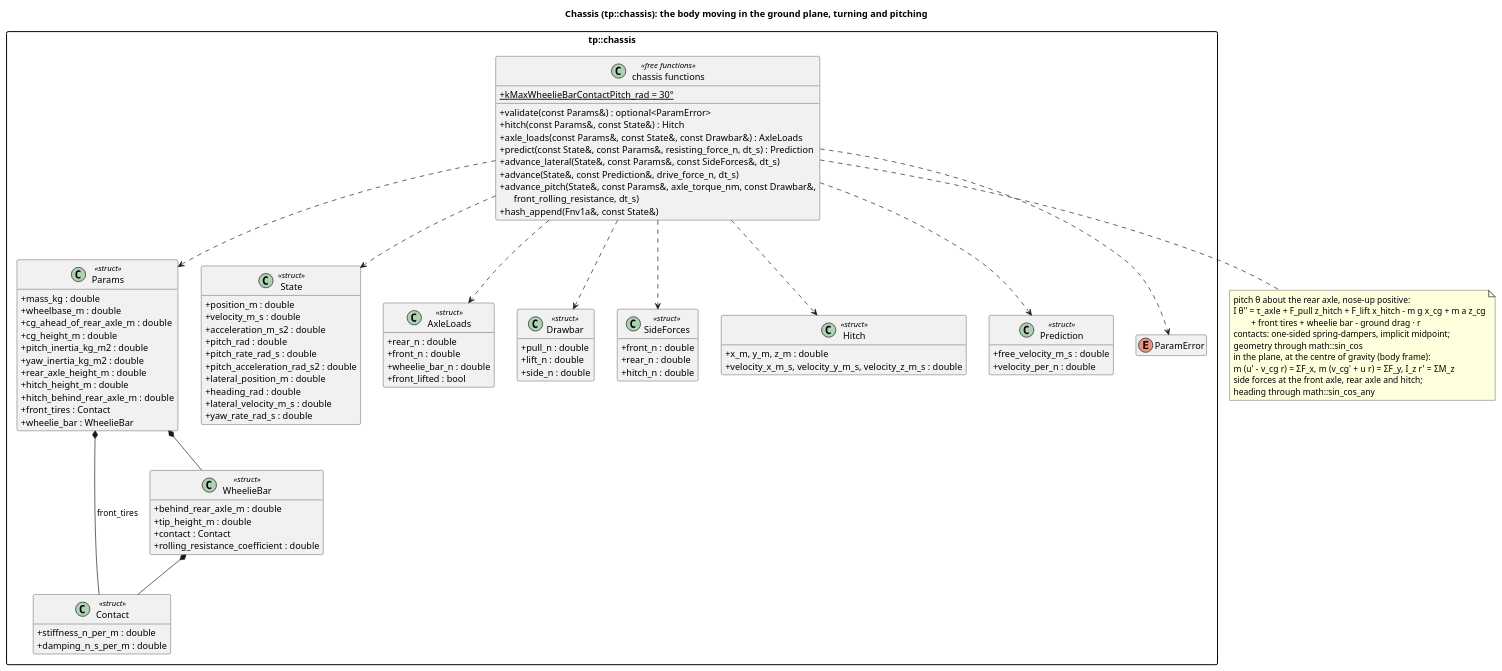
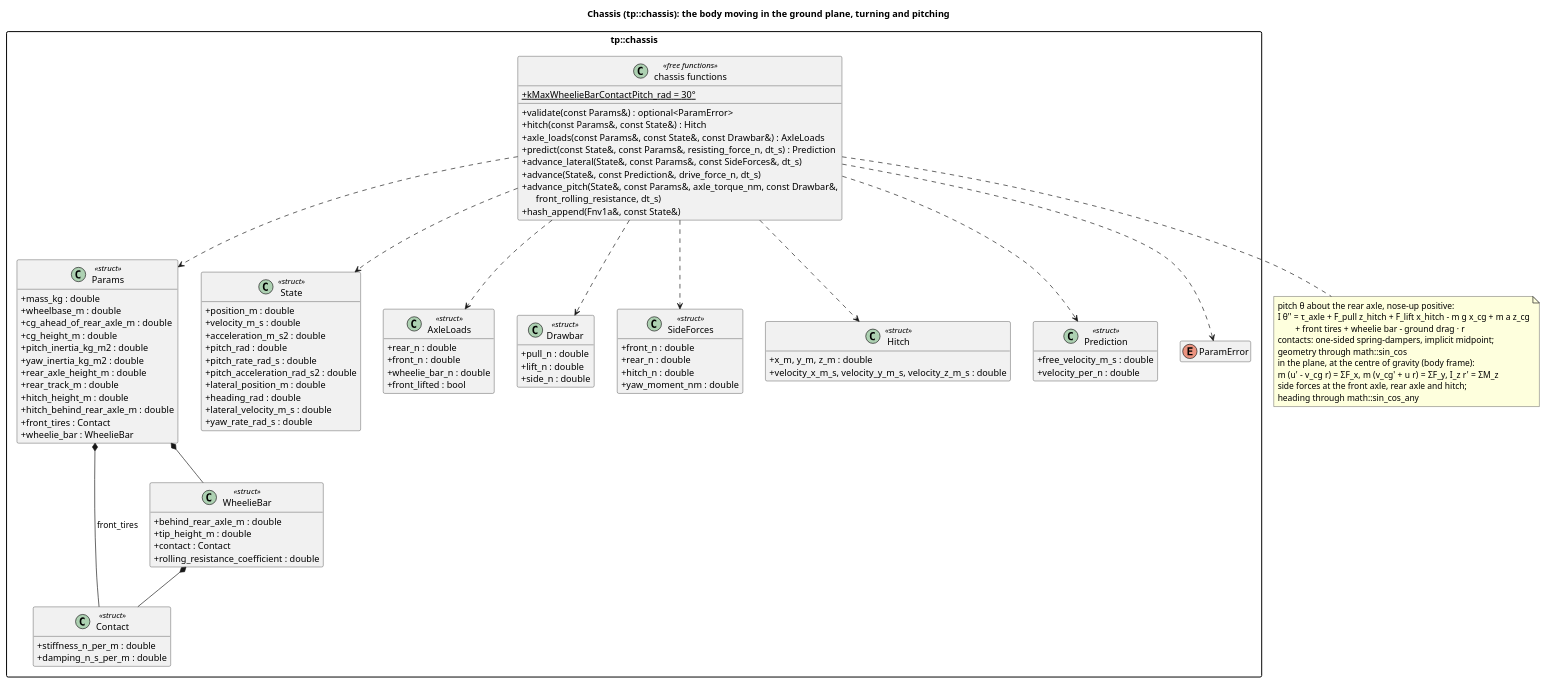
Before and after one commit to wversteeg/TractorPulling: the diagram in docs/diagrams/chassis_classes.puml, drawn with PlantUML. The commit also changed 27 other files, not shown here.

```diff
--- a/docs/diagrams/chassis_classes.puml
+++ b/docs/diagrams/chassis_classes.puml
@@ -1,102 +1,104 @@
 @startuml chassis_classes
 title Chassis (tp::chassis): the body moving in the ground plane, turning and pitching
 hide empty members
 skinparam packageStyle rectangle
 skinparam classAttributeIconSize 0
 
 package "tp::chassis" {
   class Params <<struct>> {
     +mass_kg : double
     +wheelbase_m : double
     +cg_ahead_of_rear_axle_m : double
     +cg_height_m : double
     +pitch_inertia_kg_m2 : double
     +yaw_inertia_kg_m2 : double
     +rear_axle_height_m : double
+    +rear_track_m : double
     +hitch_height_m : double
     +hitch_behind_rear_axle_m : double
     +front_tires : Contact
     +wheelie_bar : WheelieBar
   }
   class Contact <<struct>> {
     +stiffness_n_per_m : double
     +damping_n_s_per_m : double
   }
   class WheelieBar <<struct>> {
     +behind_rear_axle_m : double
     +tip_height_m : double
     +contact : Contact
     +rolling_resistance_coefficient : double
   }
   class State <<struct>> {
     +position_m : double
     +velocity_m_s : double
     +acceleration_m_s2 : double
     +pitch_rad : double
     +pitch_rate_rad_s : double
     +pitch_acceleration_rad_s2 : double
     +lateral_position_m : double
     +heading_rad : double
     +lateral_velocity_m_s : double
     +yaw_rate_rad_s : double
   }
   class AxleLoads <<struct>> {
     +rear_n : double
     +front_n : double
     +wheelie_bar_n : double
     +front_lifted : bool
   }
   class Drawbar <<struct>> {
     +pull_n : double
     +lift_n : double
     +side_n : double
   }
   class SideForces <<struct>> {
     +front_n : double
     +rear_n : double
     +hitch_n : double
+    +yaw_moment_nm : double
   }
   class Hitch <<struct>> {
     +x_m, y_m, z_m : double
     +velocity_x_m_s, velocity_y_m_s, velocity_z_m_s : double
   }
   class Prediction <<struct>> {
     +free_velocity_m_s : double
     +velocity_per_n : double
   }
   enum ParamError
   class "chassis functions" as ChassisFns <<free functions>> {
     +{static} kMaxWheelieBarContactPitch_rad = 30°
     +validate(const Params&) : optional<ParamError>
     +hitch(const Params&, const State&) : Hitch
     +axle_loads(const Params&, const State&, const Drawbar&) : AxleLoads
     +predict(const State&, const Params&, resisting_force_n, dt_s) : Prediction
     +advance_lateral(State&, const Params&, const SideForces&, dt_s)
     +advance(State&, const Prediction&, drive_force_n, dt_s)
     +advance_pitch(State&, const Params&, axle_torque_nm, const Drawbar&,\n      front_rolling_resistance, dt_s)
     +hash_append(Fnv1a&, const State&)
   }
   Params *-- Contact : front_tires
   Params *-- WheelieBar
   WheelieBar *-- Contact
   ChassisFns ..> Params
   ChassisFns ..> State
   ChassisFns ..> AxleLoads
   ChassisFns ..> Prediction
   ChassisFns ..> Drawbar
   ChassisFns ..> Hitch
   ChassisFns ..> SideForces
   ChassisFns ..> ParamError
 }
 note bottom of ChassisFns
   pitch θ about the rear axle, nose-up positive:
   I θ'' = τ_axle + F_pull z_hitch + F_lift x_hitch - m g x_cg + m a z_cg
           + front tires + wheelie bar - ground drag · r
   contacts: one-sided spring-dampers, implicit midpoint;
   geometry through math::sin_cos
   in the plane, at the centre of gravity (body frame):
   m (u' - v_cg r) = ΣF_x,  m (v_cg' + u r) = ΣF_y,  I_z r' = ΣM_z
   side forces at the front axle, rear axle and hitch;
   heading through math::sin_cos_any
 end note
 @enduml
```
